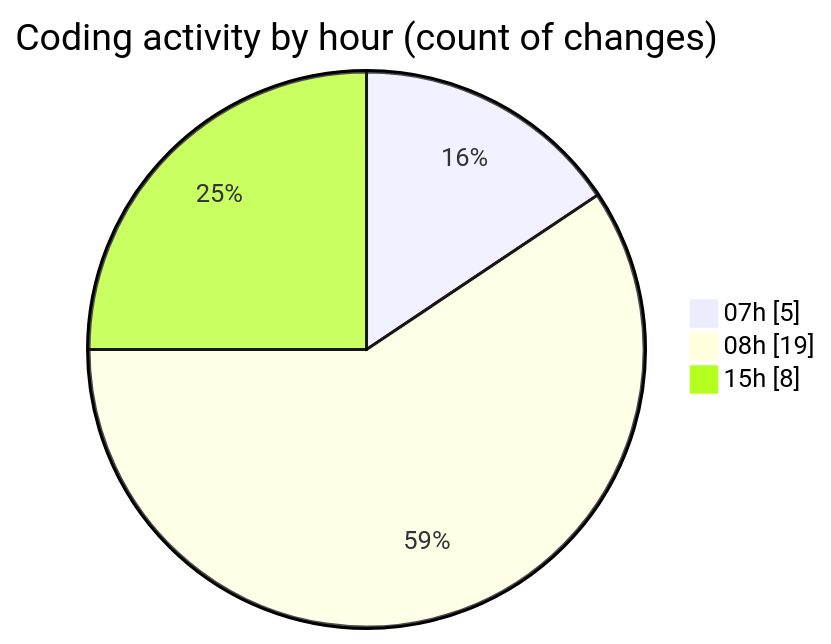
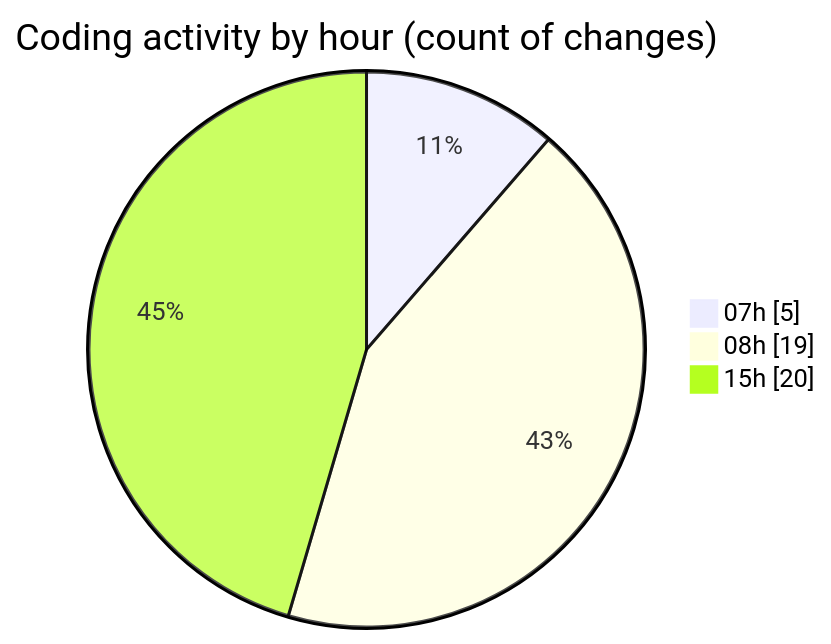
The second of 2 diagrams in 2025-02-07/mbc-web/README.md (robertbonfada/code-tracking), drawn with Mermaid before and after one commit. The commit also changed other lines of this file and 1 other file, not shown here.

````diff
--- a/2025-02-07/mbc-web/README.md
+++ b/2025-02-07/mbc-web/README.md
@@ -34,7 +34,7 @@
 ```mermaid
 pie showData
 title Coding activity by hour (count of changes)
 "07h" : 5
 "08h" : 19
-"15h" : 8
+"15h" : 20
 ```
````
